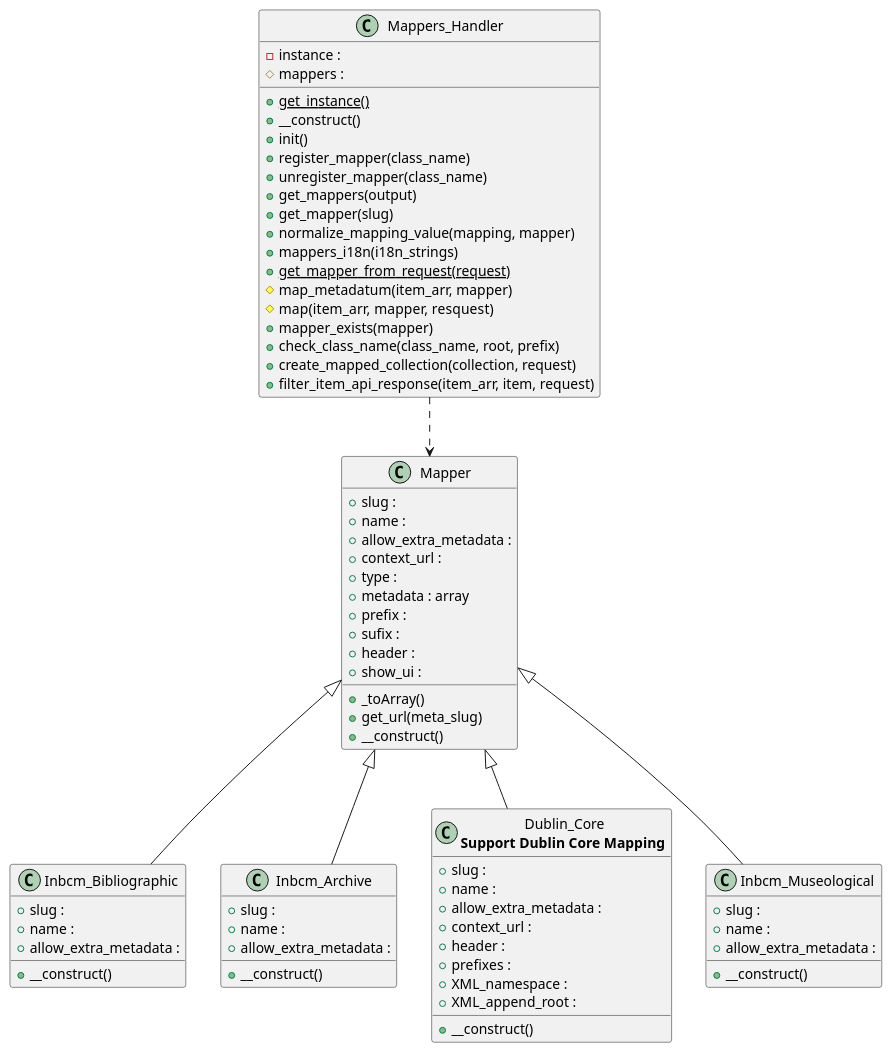
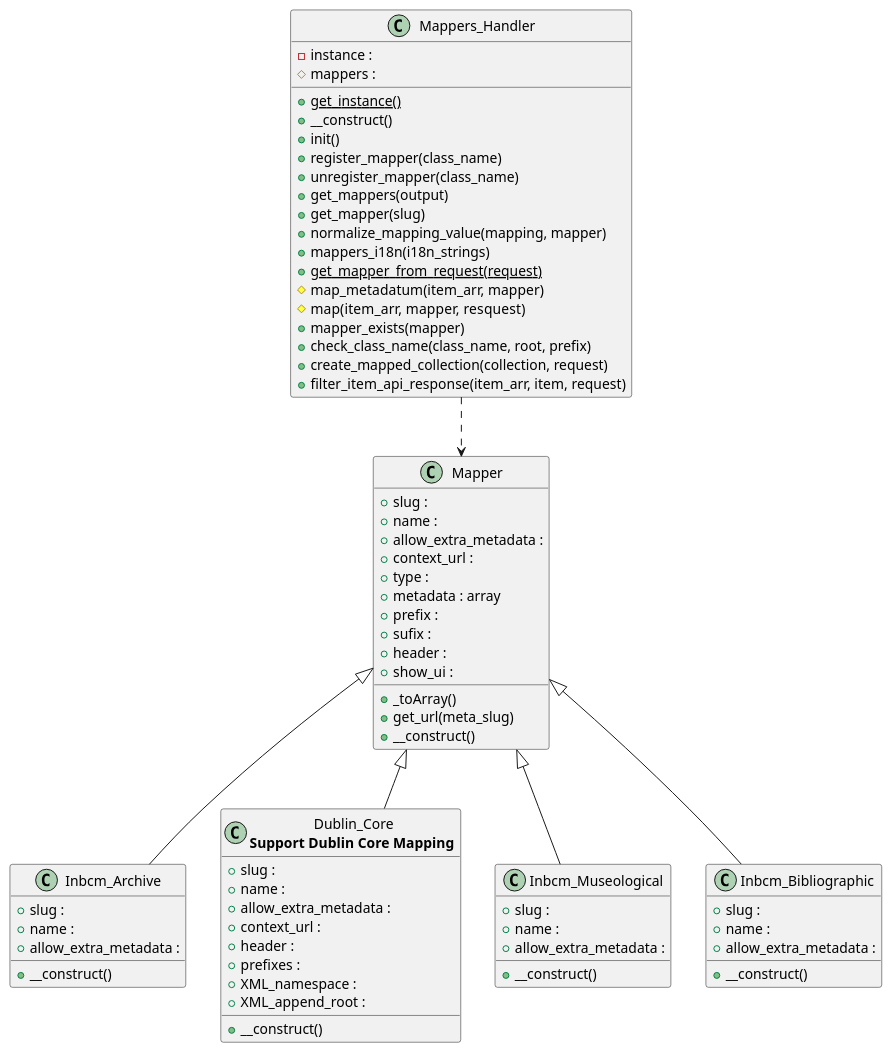
One commit to tainacan/tainacan changed the diagram in docs/diagrams/tainacan-namespace-Tainacan-Mappers.puml. Above: the diagram before and after it, drawn with PlantUML. The commit also changed other lines of this file and 95 other files, not shown here.

```diff
--- a/docs/diagrams/tainacan-namespace-Tainacan-Mappers.puml
+++ b/docs/diagrams/tainacan-namespace-Tainacan-Mappers.puml
@@ -1,71 +1,71 @@
 @startuml class-diagram
-  class "Inbcm_Bibliographic" as Inbcm_Bibliographic {
+  class "Inbcm_Archive" as Inbcm_Archive {
     +slug : 
     +name : 
     +allow_extra_metadata : 
     +__construct()
   }
-  class "Inbcm_Archive" as Inbcm_Archive {
+  class "Dublin_Core\n<b>Support Dublin Core Mapping </b>" as Dublin_Core {
     +slug : 
     +name : 
     +allow_extra_metadata : 
+    +context_url : 
+    +header : 
+    +prefixes : 
+    +XML_namespace : 
+    +XML_append_root : 
     +__construct()
   }
   class "Mappers_Handler" as Mappers_Handler {
     -instance : 
     #mappers : 
     {static} +get_instance()
     +__construct()
     +init()
     +register_mapper(class_name)
     +unregister_mapper(class_name)
     +get_mappers(output)
     +get_mapper(slug)
     +normalize_mapping_value(mapping, mapper)
     +mappers_i18n(i18n_strings)
     {static} +get_mapper_from_request(request)
     #map_metadatum(item_arr, mapper)
     #map(item_arr, mapper, resquest)
     +mapper_exists(mapper)
     +check_class_name(class_name, root, prefix)
     +create_mapped_collection(collection, request)
     +filter_item_api_response(item_arr, item, request)
   }
   class "Mapper" as Mapper {
     +slug : 
     +name : 
     +allow_extra_metadata : 
     +context_url : 
     +type : 
     +metadata : array
     +prefix : 
     +sufix : 
     +header : 
     +show_ui : 
     +_toArray()
     +get_url(meta_slug)
     +__construct()
   }
-  class "Dublin_Core\n<b>Support Dublin Core Mapping </b>" as Dublin_Core {
+  class "Inbcm_Museological" as Inbcm_Museological {
     +slug : 
     +name : 
     +allow_extra_metadata : 
-    +context_url : 
-    +header : 
-    +prefixes : 
-    +XML_namespace : 
-    +XML_append_root : 
     +__construct()
   }
-  class "Inbcm_Museological" as Inbcm_Museological {
+  class "Inbcm_Bibliographic" as Inbcm_Bibliographic {
     +slug : 
     +name : 
     +allow_extra_metadata : 
     +__construct()
   }
   Mapper <|-- Dublin_Core
   Mapper <|-- Inbcm_Archive
   Mapper <|-- Inbcm_Bibliographic
   Mapper <|-- Inbcm_Museological
   Mappers_Handler ..> Mapper
 @enduml
```
